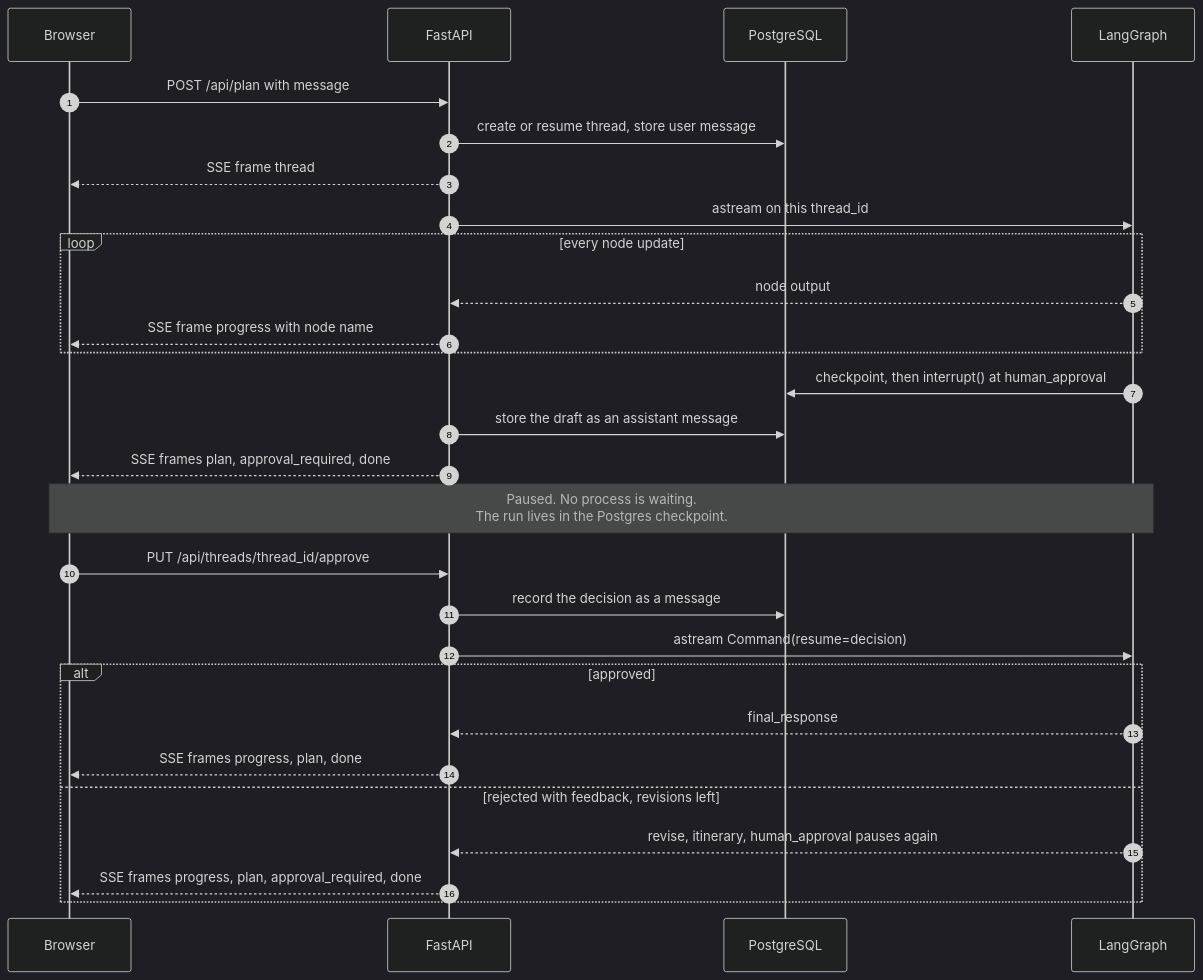
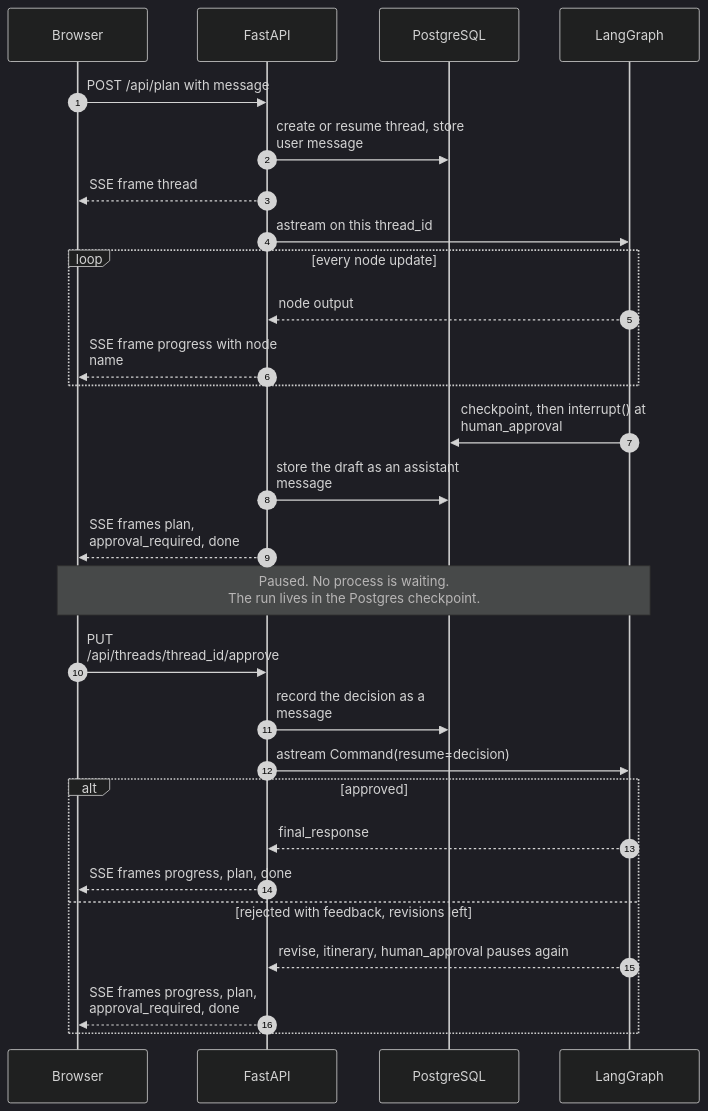
One commit to Amith-Ganta/Yatra-AI---A-Multi-Agent-Travel-Planner-with-LangGraph changed diagram 11 of 26 in README.md. Above: the diagram before and after it, drawn with Mermaid (dark theme). The commit also changed other lines of this file and 2 other files, not shown here.

First line of the commit message:
Rewrite README with live URL, 26 validated Mermaid diagrams and an evidence ladder

````diff
--- a/README.md
+++ b/README.md
@@ -139,31 +471,32 @@
 ```mermaid
+%%{init: {"sequence": {"wrap": true, "width": 170, "messageAlign": "left"}}}%%
 sequenceDiagram
     autonumber
     participant B as Browser
     participant A as FastAPI
     participant D as PostgreSQL
     participant G as LangGraph
 
     B->>A: POST /api/plan with message
     A->>D: create or resume thread, store user message
     A-->>B: SSE frame thread
     A->>G: astream on this thread_id
     loop every node update
         G-->>A: node output
         A-->>B: SSE frame progress with node name
     end
     G->>D: checkpoint, then interrupt() at human_approval
     A->>D: store the draft as an assistant message
     A-->>B: SSE frames plan, approval_required, done
     Note over B,G: Paused. No process is waiting.<br/>The run lives in the Postgres checkpoint.
     B->>A: PUT /api/threads/thread_id/approve
     A->>D: record the decision as a message
     A->>G: astream Command(resume=decision)
     alt approved
         G-->>A: final_response
         A-->>B: SSE frames progress, plan, done
     else rejected with feedback, revisions left
         G-->>A: revise, itinerary, human_approval pauses again
         A-->>B: SSE frames progress, plan, approval_required, done
     end
 ```
````
